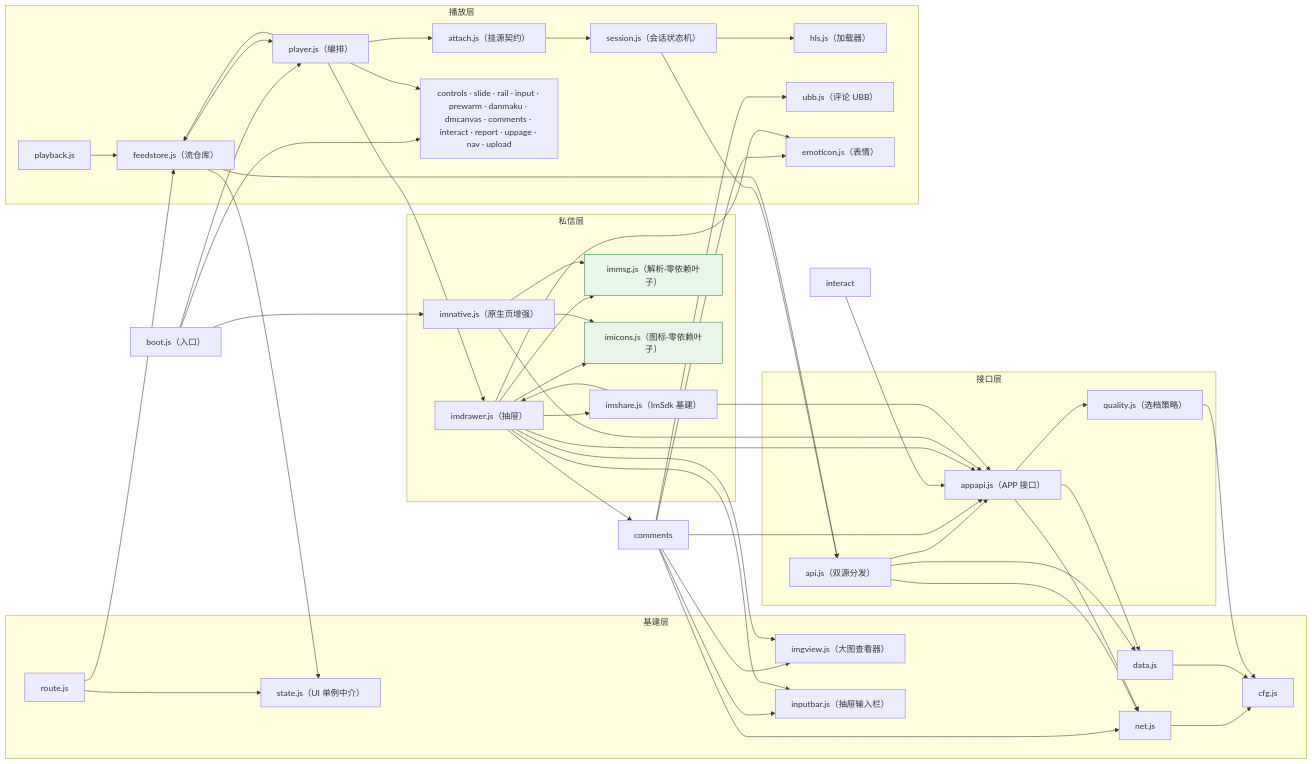
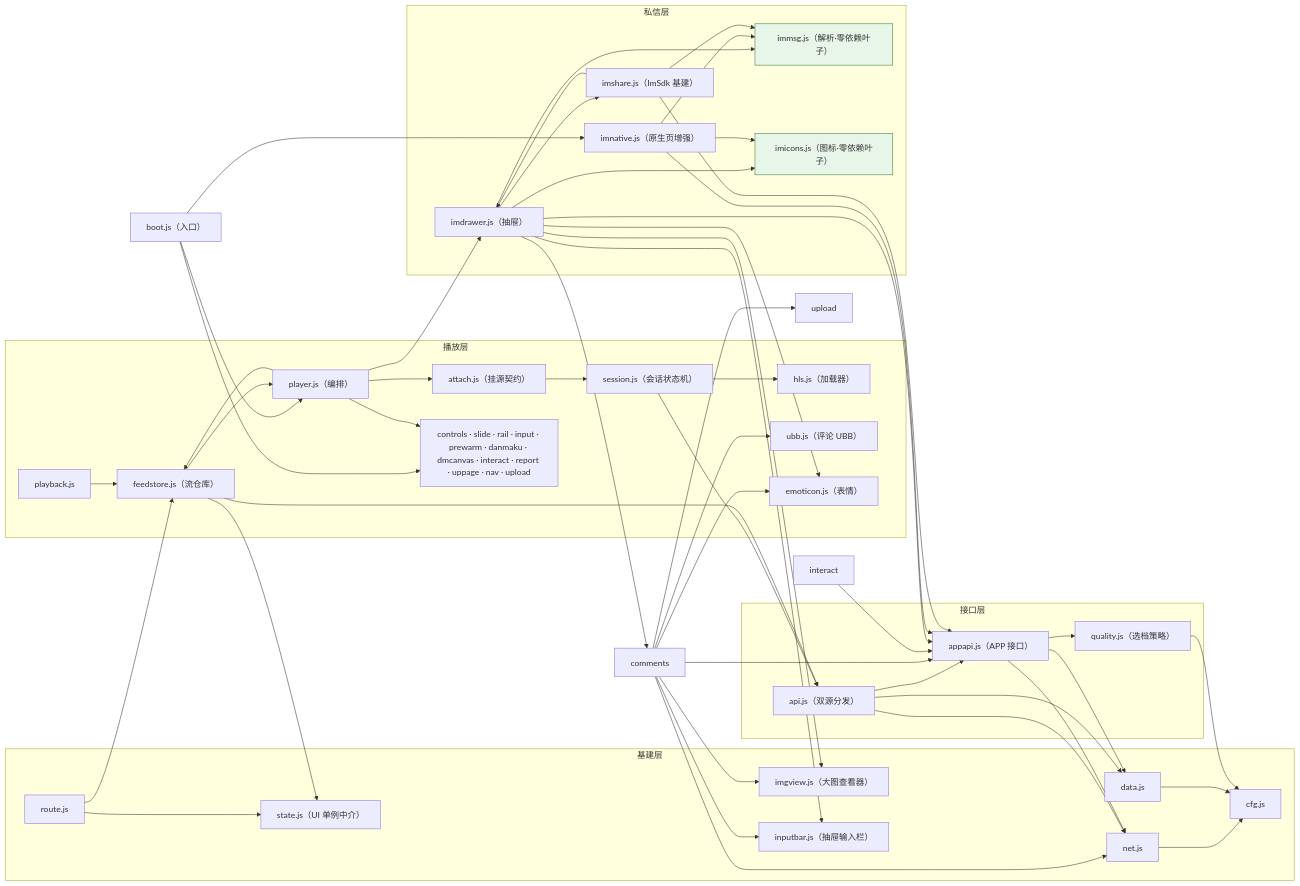
One commit to name-xxl/acfun-svfeed changed the diagram in README.md. Above: the diagram before and after it, drawn with Mermaid. The commit also changed other lines of this file and 3 other files, not shown here.

Commit message:
0.9.44：README 校对（同槽互斥/Esc 链/图标 mask/依赖图补边/模块表补全 11 文件）+ 0.9.44 更新日志 + 版本号与构建产物

````diff
--- a/README.md
+++ b/README.md
@@ -909,63 +938,63 @@
 ```mermaid
 flowchart LR
   subgraph base["基建层"]
     cfg["cfg.js"]
     net["net.js"]
     data["data.js"]
     state["state.js（UI 单例中介）"]
     route["route.js"]
     imgview["imgview.js（大图查看器）"]
     inputbar["inputbar.js（抽屉输入栏）"]
   end
 
   subgraph apilayer["接口层"]
     api["api.js（双源分发）"]
     appapi["appapi.js（APP 接口）"]
     quality["quality.js（选档策略）"]
   end
 
   subgraph play["播放层"]
     hls["hls.js（加载器）"]
     session["session.js（会话状态机）"]
     attach["attach.js（挂源契约）"]
     player["player.js（编排）"]
     feedstore["feedstore.js（流仓库）"]
     pb["playback.js"]
     ubb["ubb.js（评论 UBB）"]
     emoticon["emoticon.js（表情）"]
-    others["controls · slide · rail · input · prewarm · danmaku · dmcanvas · comments · interact · report · uppage · nav · upload"]
+    others["controls · slide · rail · input · prewarm · danmaku · dmcanvas · interact · report · uppage · nav · upload"]
   end
 
   subgraph im["私信层"]
     imshare["imshare.js（ImSdk 基建）"]
     imdrawer["imdrawer.js（抽屉）"]
     imnative["imnative.js（原生页增强）"]
     immsg["immsg.js（解析·零依赖叶子）"]
     imicons["imicons.js（图标·零依赖叶子）"]
   end
 
   boot["boot.js（入口）"]
 
   net --> cfg
   data --> cfg
   route --> state & feedstore
   quality --> cfg
 
   api --> net & data & appapi
   appapi --> net & data & quality
 
   boot --> player & others & imnative
   player --> attach & others & feedstore & imdrawer
   attach --> session
   session --> api & hls
   pb --> feedstore
   feedstore --> api & state & player
-  comments --> ubb & emoticon & inputbar & imgview & appapi & net
+  comments --> ubb & emoticon & inputbar & imgview & appapi & net & upload
   interact --> appapi
   imdrawer --> imshare & immsg & imicons & appapi & emoticon & inputbar & imgview & comments
   imnative --> immsg & imicons & appapi
-  imshare --> appapi & imdrawer
+  imshare --> appapi & imdrawer & immsg
 
   classDef leaf fill:#e8f5e9,stroke:#2e7d32;
   class immsg,imicons leaf;
 ```
````
